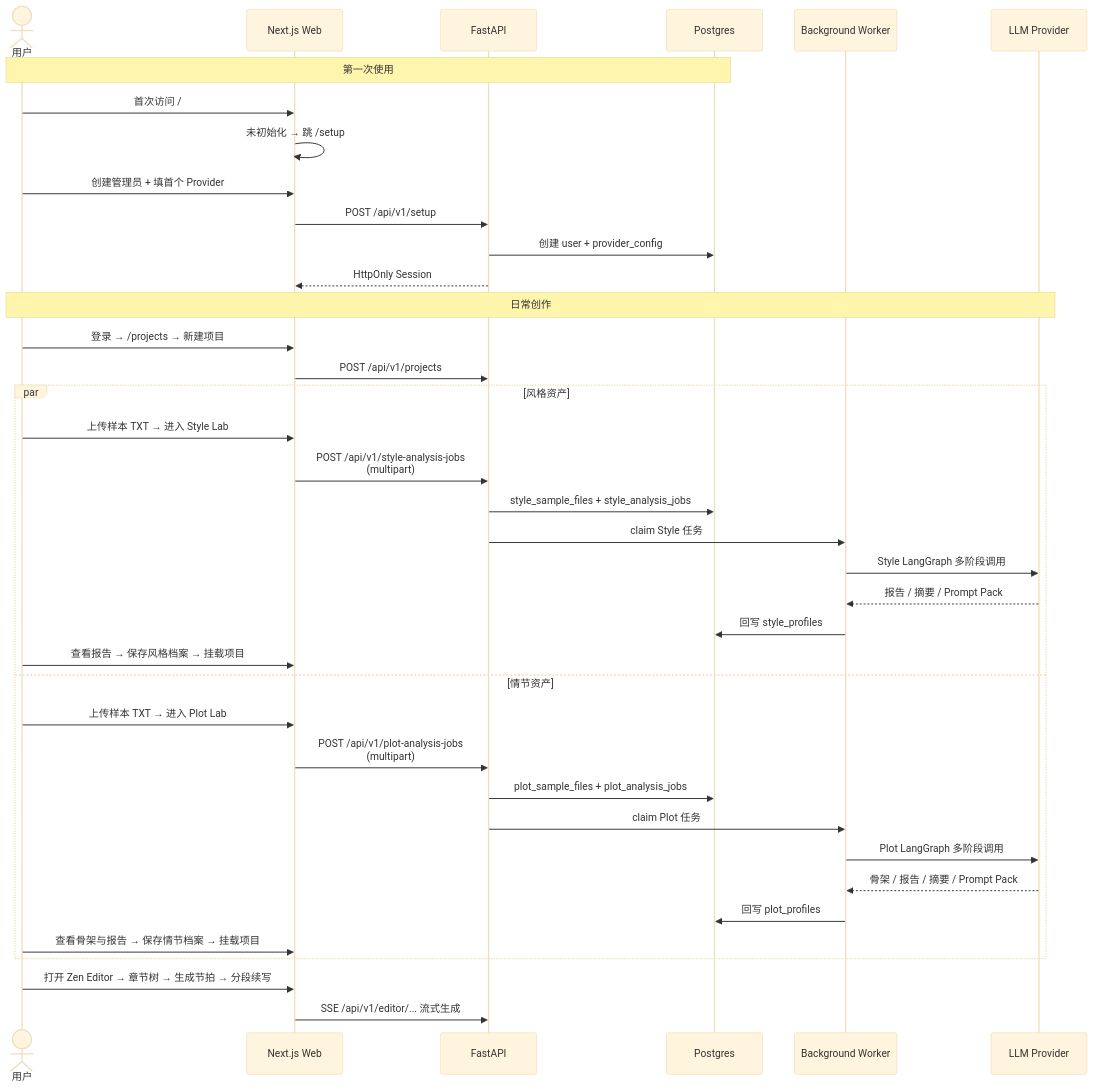
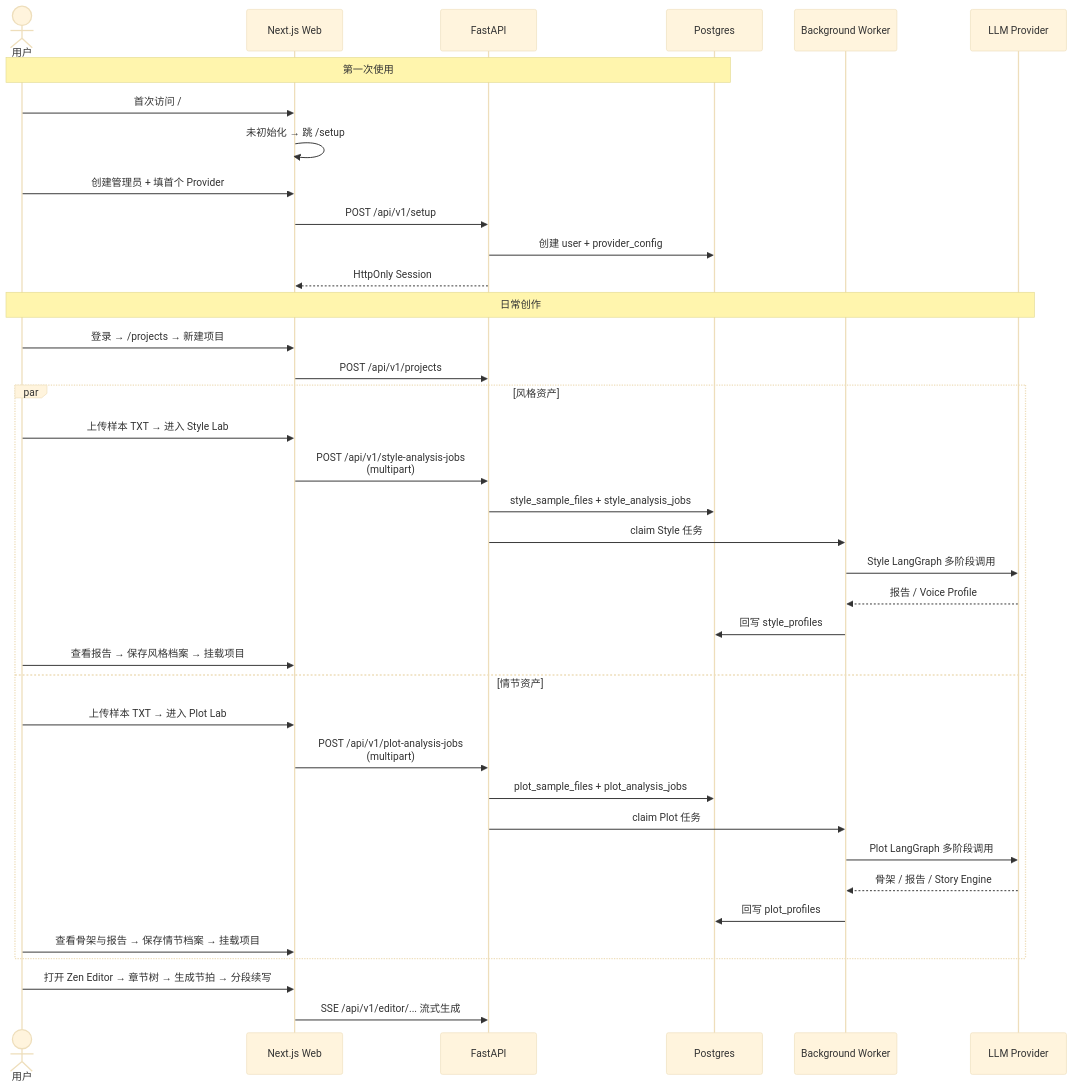
Before and after one commit to nsxzhou/Persona: the second of 2 diagrams in wiki/00-overview/00-what-is-persona.md, drawn with Mermaid (base theme). The commit also changed other lines of this file and 3 other files, not shown here.

````diff
--- a/wiki/00-overview/00-what-is-persona.md
+++ b/wiki/00-overview/00-what-is-persona.md
@@ -75,42 +75,42 @@
 ```mermaid
 sequenceDiagram
     actor 用户
     participant Web as Next.js Web
     participant API as FastAPI
     participant DB as Postgres
     participant Worker as Background Worker
     participant LLM as LLM Provider
 
     Note over 用户,DB: 第一次使用
     用户->>Web: 首次访问 /
     Web->>Web: 未初始化 → 跳 /setup
     用户->>Web: 创建管理员 + 填首个 Provider
     Web->>API: POST /api/v1/setup
     API->>DB: 创建 user + provider_config
     API-->>Web: HttpOnly Session
 
     Note over 用户,LLM: 日常创作
     用户->>Web: 登录 → /projects → 新建项目
     Web->>API: POST /api/v1/projects
     par 风格资产
         用户->>Web: 上传样本 TXT → 进入 Style Lab
         Web->>API: POST /api/v1/style-analysis-jobs<br/>(multipart)
         API->>DB: style_sample_files + style_analysis_jobs
         API->>Worker: claim Style 任务
         Worker->>LLM: Style LangGraph 多阶段调用
-        LLM-->>Worker: 报告 / 摘要 / Prompt Pack
+        LLM-->>Worker: 报告 / Voice Profile
         Worker->>DB: 回写 style_profiles
         用户->>Web: 查看报告 → 保存风格档案 → 挂载项目
     and 情节资产
         用户->>Web: 上传样本 TXT → 进入 Plot Lab
         Web->>API: POST /api/v1/plot-analysis-jobs<br/>(multipart)
         API->>DB: plot_sample_files + plot_analysis_jobs
         API->>Worker: claim Plot 任务
         Worker->>LLM: Plot LangGraph 多阶段调用
-        LLM-->>Worker: 骨架 / 报告 / 摘要 / Prompt Pack
+        LLM-->>Worker: 骨架 / 报告 / Story Engine
         Worker->>DB: 回写 plot_profiles
         用户->>Web: 查看骨架与报告 → 保存情节档案 → 挂载项目
     end
     用户->>Web: 打开 Zen Editor → 章节树 → 生成节拍 → 分段续写
     Web->>API: SSE /api/v1/editor/... 流式生成
 ```
````
